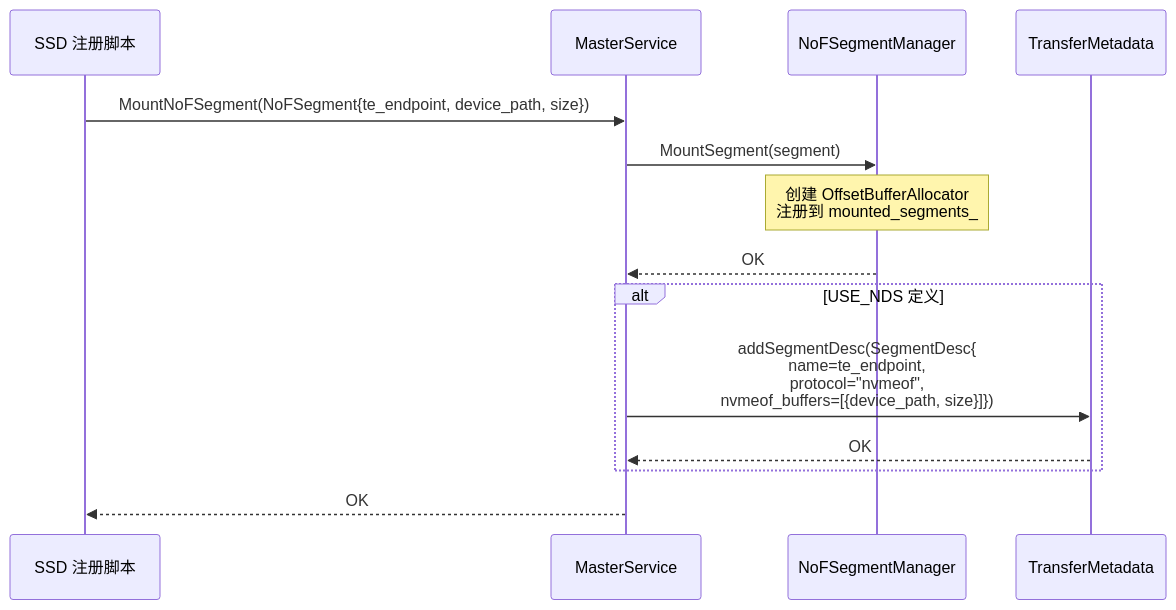
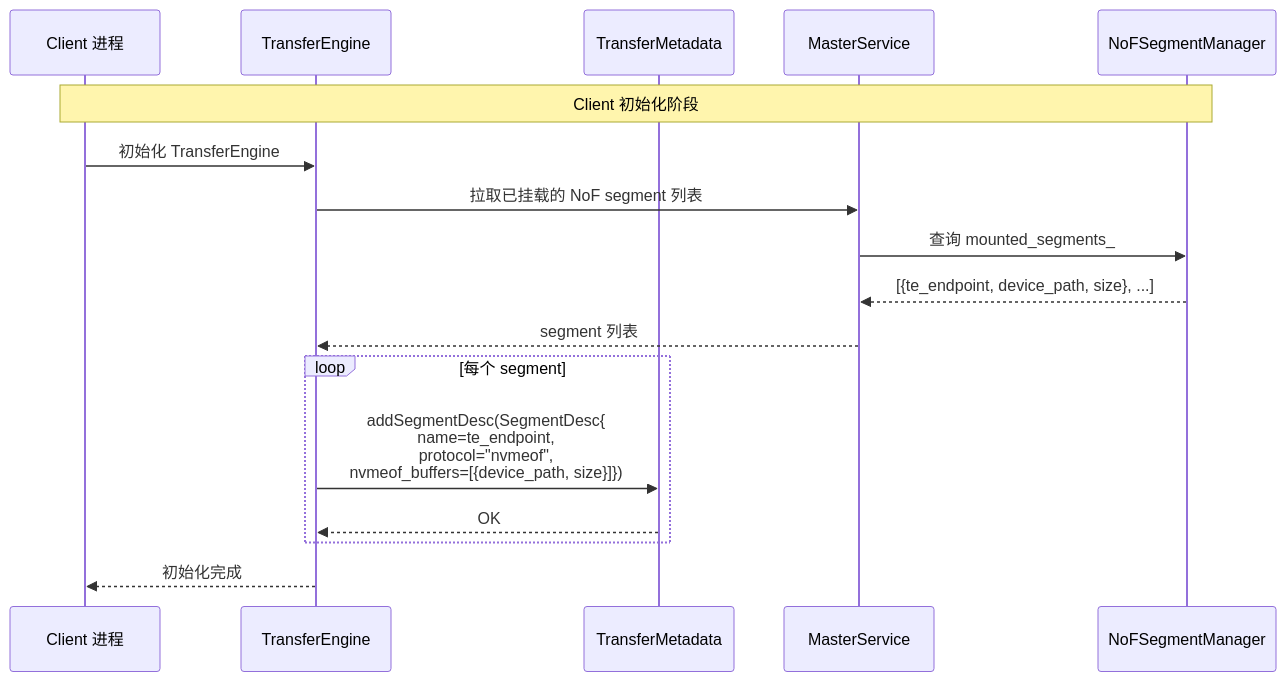
One commit to yz53665/Mooncake changed diagram 14 of 17 in docs/rfc-nds-nvmeof-transport-cn.md. Above: the diagram before and after it, drawn with Mermaid. The commit also changed other lines of this file, not shown here.

````diff
--- a/docs/rfc-nds-nvmeof-transport-cn.md
+++ b/docs/rfc-nds-nvmeof-transport-cn.md
@@ -565,19 +584,22 @@
 ```mermaid
 sequenceDiagram
-    participant Script as SSD 注册脚本
+    participant Client as Client 进程
+    participant TE as TransferEngine
+    participant TM as TransferMetadata
     participant MS as MasterService
     participant NSM as NoFSegmentManager
-    participant TM as TransferMetadata
 
-    Script->>MS: MountNoFSegment(NoFSegment{te_endpoint, device_path, size})
-    MS->>NSM: MountSegment(segment)
-    Note over NSM: 创建 OffsetBufferAllocator<br/>注册到 mounted_segments_
-    NSM-->>MS: OK
+    Note over Client,NSM: Client 初始化阶段
+    Client->>TE: 初始化 TransferEngine
+    TE->>MS: 拉取已挂载的 NoF segment 列表
+    MS->>NSM: 查询 mounted_segments_
+    NSM-->>MS: [{te_endpoint, device_path, size}, ...]
+    MS-->>TE: segment 列表
 
-    alt USE_NDS 定义
-        MS->>TM: addSegmentDesc(SegmentDesc{<br/>  name=te_endpoint,<br/>  protocol="nvmeof",<br/>  nvmeof_buffers=[{device_path, size}]})
-        TM-->>MS: OK
+    loop 每个 segment
+        TE->>TM: addSegmentDesc(SegmentDesc{<br/>  name=te_endpoint,<br/>  protocol="nvmeof",<br/>  nvmeof_buffers=[{device_path, size}]})
+        TM-->>TE: OK
     end
 
-    MS-->>Script: OK
+    TE-->>Client: 初始化完成
 ```
````
